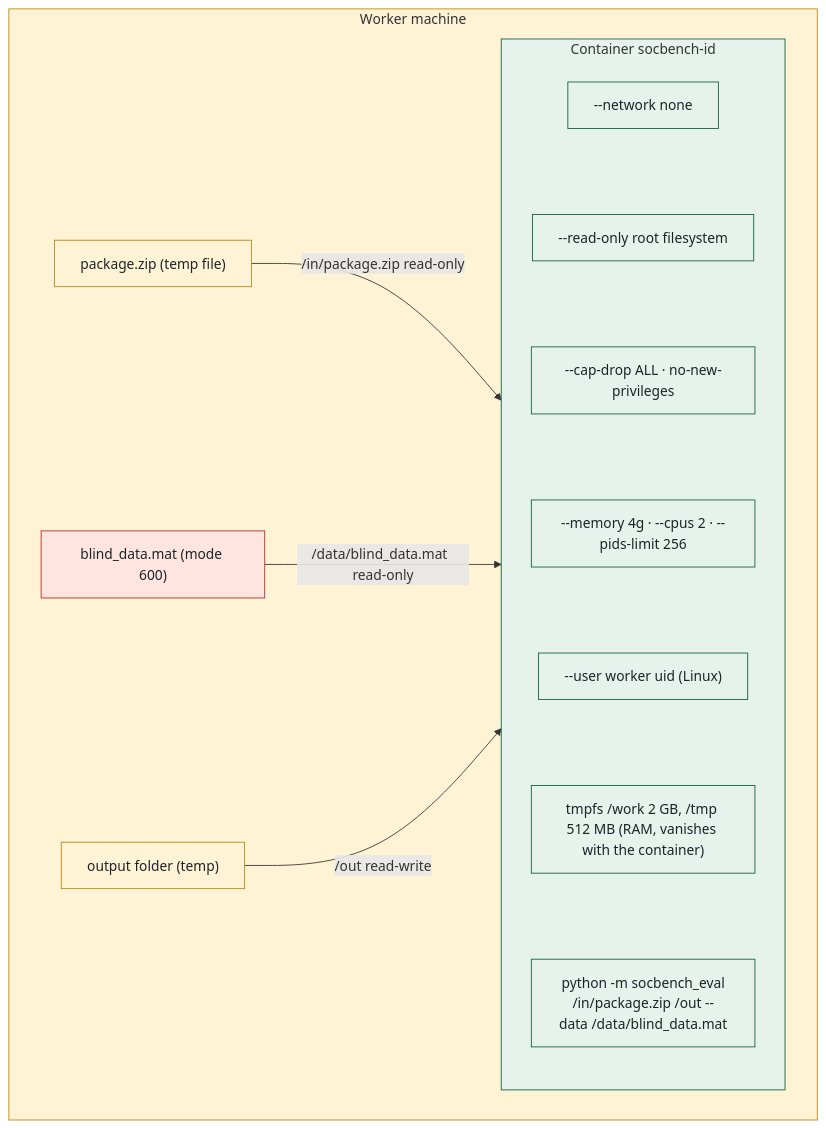
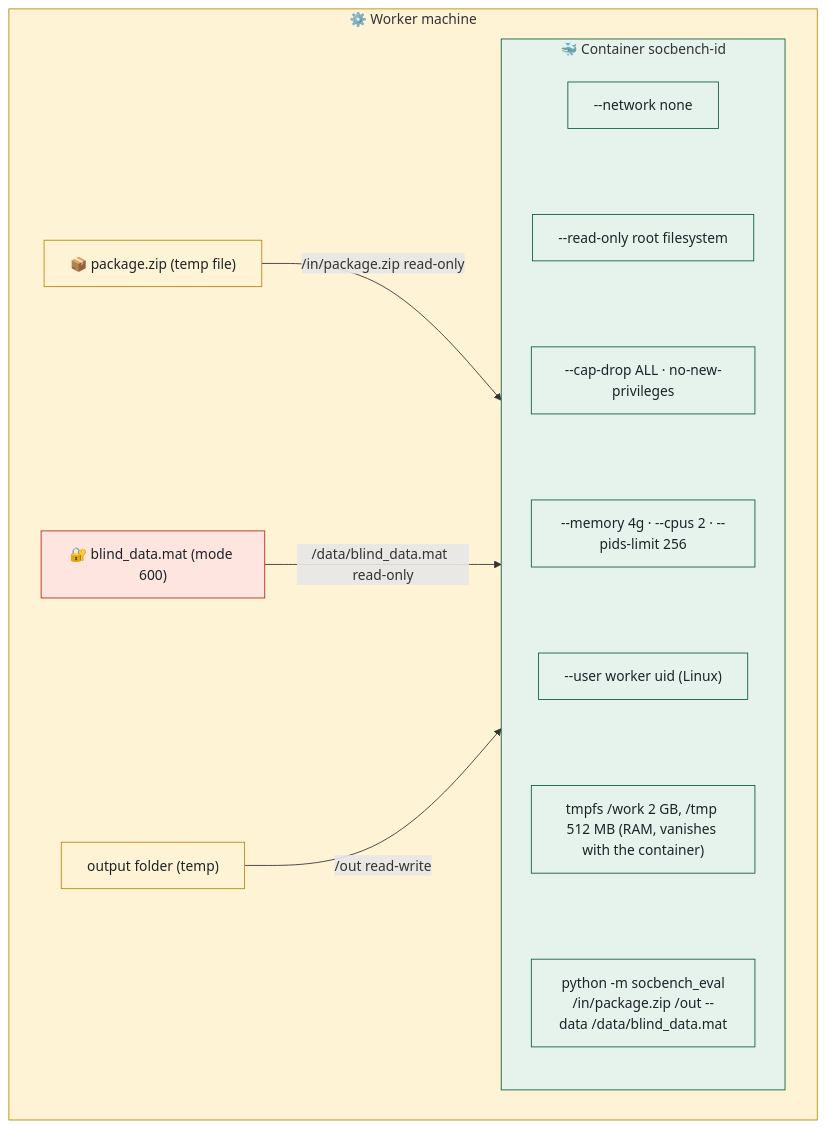
Before and after one commit to McMaster-Battery-Research-Group/battery-soc-benchmark: the seventh of 10 diagrams in docs/walkthrough/04-life-of-a-submission-end-to-end.md, drawn with Mermaid. The commit also changed other lines of this file and 38 other files, not shown here.

Commit message:
Walkthrough: consistent icon system (icon key, part and section icons, diagram labels) + tool/company logos

````diff
--- a/docs/walkthrough/04-life-of-a-submission-end-to-end.md
+++ b/docs/walkthrough/04-life-of-a-submission-end-to-end.md
@@ -200,28 +200,28 @@
 ```mermaid
 flowchart TB
-    subgraph HOST["Worker machine"]
-        PKG["package.zip (temp file)"]
-        BD["blind_data.mat (mode 600)"]
+    subgraph HOST["⚙️ Worker machine"]
+        PKG["📦 package.zip (temp file)"]
+        BD["🔐 blind_data.mat (mode 600)"]
         OUT["output folder (temp)"]
-        subgraph C["Container socbench-id"]
+        subgraph C["🐳 Container socbench-id"]
             direction TB
             R1["--network none"] ~~~ R2["--read-only root filesystem"]
             R2 ~~~ R3["--cap-drop ALL · no-new-privileges"]
             R3 ~~~ R4["--memory 4g · --cpus 2 · --pids-limit 256"]
             R4 ~~~ R5["--user worker uid (Linux)"]
             R5 ~~~ R6["tmpfs /work 2 GB, /tmp 512 MB (RAM, vanishes with the container)"]
             R6 ~~~ EV["python -m socbench_eval<br/>/in/package.zip /out --data /data/blind_data.mat"]
         end
     end
     PKG -- "/in/package.zip  read-only" --> C
     BD -- "/data/blind_data.mat  read-only" --> C
     OUT -- "/out  read-write" --> C
     style HOST fill:#FFF3D6,stroke:#B8860B
     style C fill:#E6F2EC,stroke:#0E5B3D
     classDef worker fill:#FFF3D6,stroke:#B8860B,color:#1d2428
     classDef danger fill:#FFE5DF,stroke:#B3261E,color:#1d2428
     classDef sandbox fill:#E6F2EC,stroke:#0E5B3D,color:#1d2428
     class PKG,OUT worker
     class BD danger
     class R1,R2,R3,R4,R5,R6,EV sandbox
 ```
````
